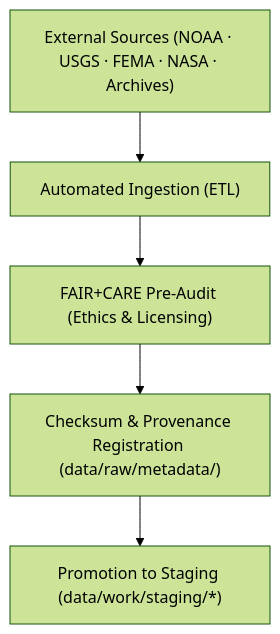
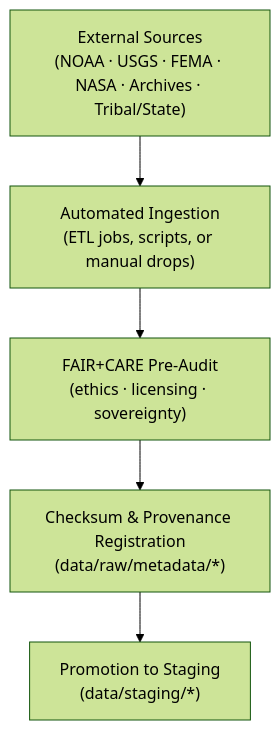
Before and after one commit to bartytime4life/Kansas-Frontier-Matrix: the diagram in data/raw/README.md, drawn with Mermaid (forest theme). The commit also changed other lines of this file, not shown here.

````diff
--- a/data/raw/README.md
+++ b/data/raw/README.md
@@ -75,7 +134,9 @@
-```mermaid
+~~~~mermaid
 flowchart TD
-    SRC["External Sources (NOAA · USGS · FEMA · NASA · Archives)"] --> ING["Automated Ingestion (ETL)"]
-    ING --> PRE["FAIR+CARE Pre-Audit (Ethics & Licensing)"]
-    PRE --> REG["Checksum & Provenance Registration (data/raw/metadata/)"]
-    REG --> PROMO["Promotion to Staging (data/work/staging/*)"]
-```
+    SRC["External Sources\n(NOAA · USGS · FEMA · NASA · Archives · Tribal/State)"]
+      --> ING["Automated Ingestion\n(ETL jobs, scripts, or manual drops)"]
+
+    ING --> PRE["FAIR+CARE Pre-Audit\n(ethics · licensing · sovereignty)"]
+    PRE --> REG["Checksum & Provenance Registration\n(data/raw/metadata/*)"]
+    REG --> PROMO["Promotion to Staging\n(data/staging/*)"]
+~~~~
````
